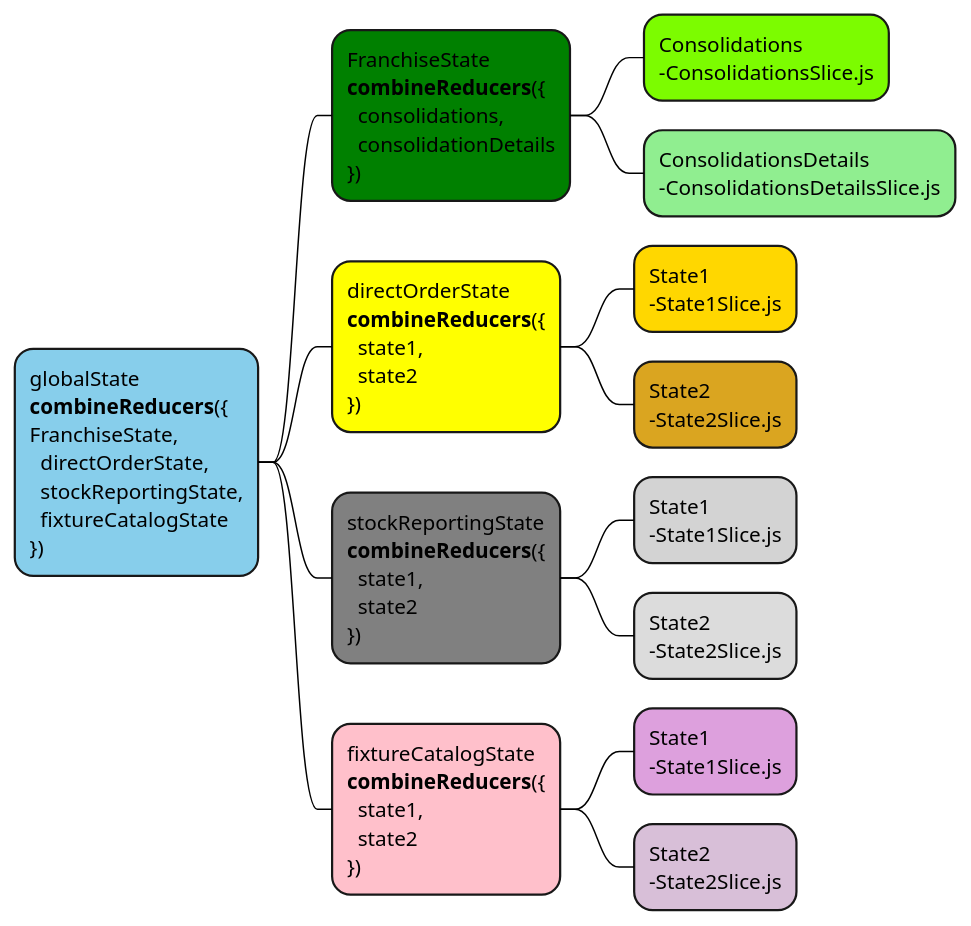
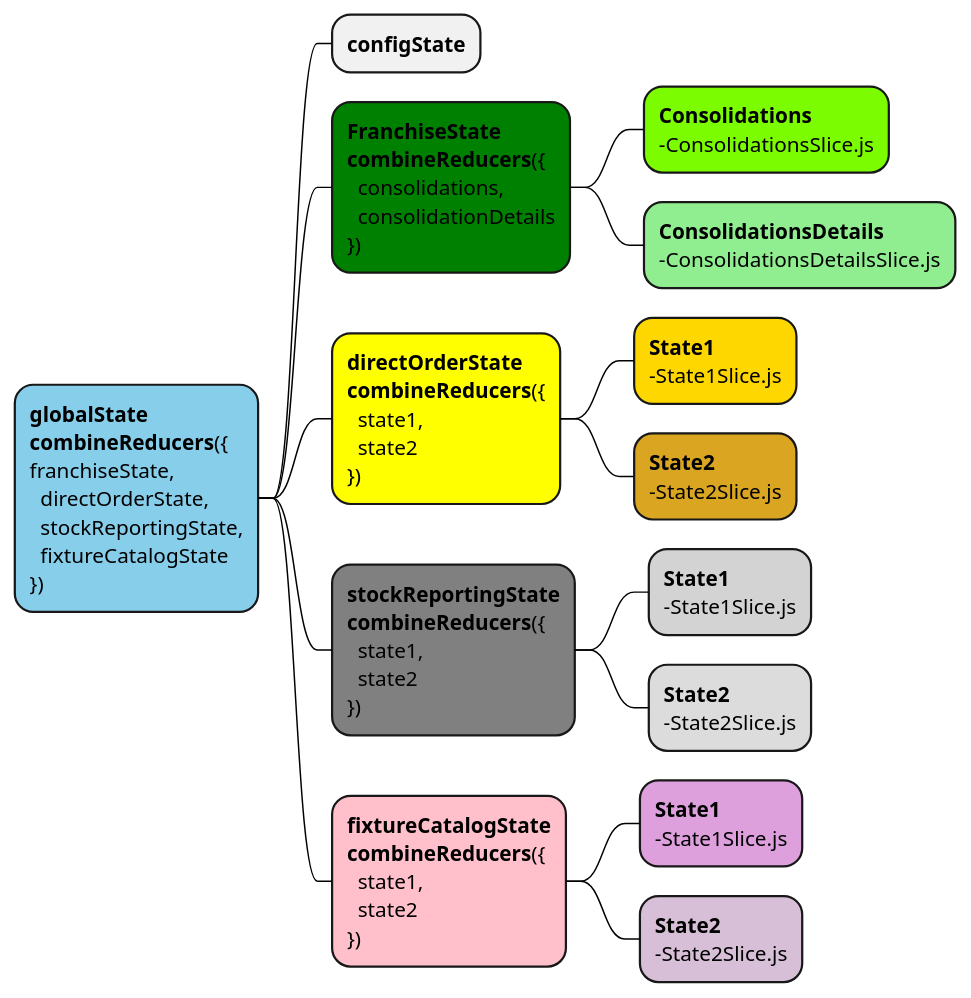
The diagram in redux.plantuml (samuelpoudroux/reactGuide), drawn with PlantUML before and after one commit. The commit also changed 6 other files, not shown here.

```diff
--- a/redux.plantuml
+++ b/redux.plantuml
@@ -2,55 +2,56 @@
 @startmindmap redux 
 skinparam SequenceMessageAlignment center
 skinparam classFontColor red
 
 skinparam sequence {
 ArrowColor black
 }
 skinparam State {
   BorderColor Gray
 }
 
-*[#SkyBlue]:globalState
+*[#SkyBlue]:**globalState**
 **combineReducers**({
-FranchiseState, 
+franchiseState, 
   directOrderState,
   stockReportingState,
   fixtureCatalogState
 });
-**[#green]:FranchiseState
+** **configState**
+**[#green]:**FranchiseState**
 **combineReducers**({
   consolidations, 
   consolidationDetails
 });
-***[#LawnGreen]:Consolidations
+***[#LawnGreen]:**Consolidations**
 -ConsolidationsSlice.js;
-***[#LightGreen]:ConsolidationsDetails
+***[#LightGreen]:**ConsolidationsDetails**
 -ConsolidationsDetailsSlice.js;
-**[#yellow]:directOrderState
+**[#yellow]:**directOrderState**
 **combineReducers**({
   state1, 
   state2
 });
-***[#Gold]:State1
+***[#Gold]:**State1**
 -State1Slice.js;
-***[#GoldenRod]:State2
+***[#GoldenRod]:**State2**
 -State2Slice.js;
-**[#grey]:stockReportingState
+**[#grey]:**stockReportingState**
 **combineReducers**({
   state1, 
   state2
 });
-***[#LightGray]:State1
+***[#LightGray]:**State1**
 -State1Slice.js;
-***[#Gainsboro]:State2
+***[#Gainsboro]:**State2**
 -State2Slice.js;
-**[#pink]:fixtureCatalogState
+**[#pink]:**fixtureCatalogState**
 **combineReducers**({
   state1, 
   state2
 });
-***[#plum]:State1
+***[#plum]:**State1**
 -State1Slice.js;
-***[#Thistle]:State2
+***[#Thistle]:**State2**
 -State2Slice.js;
 @endmindmap
```
